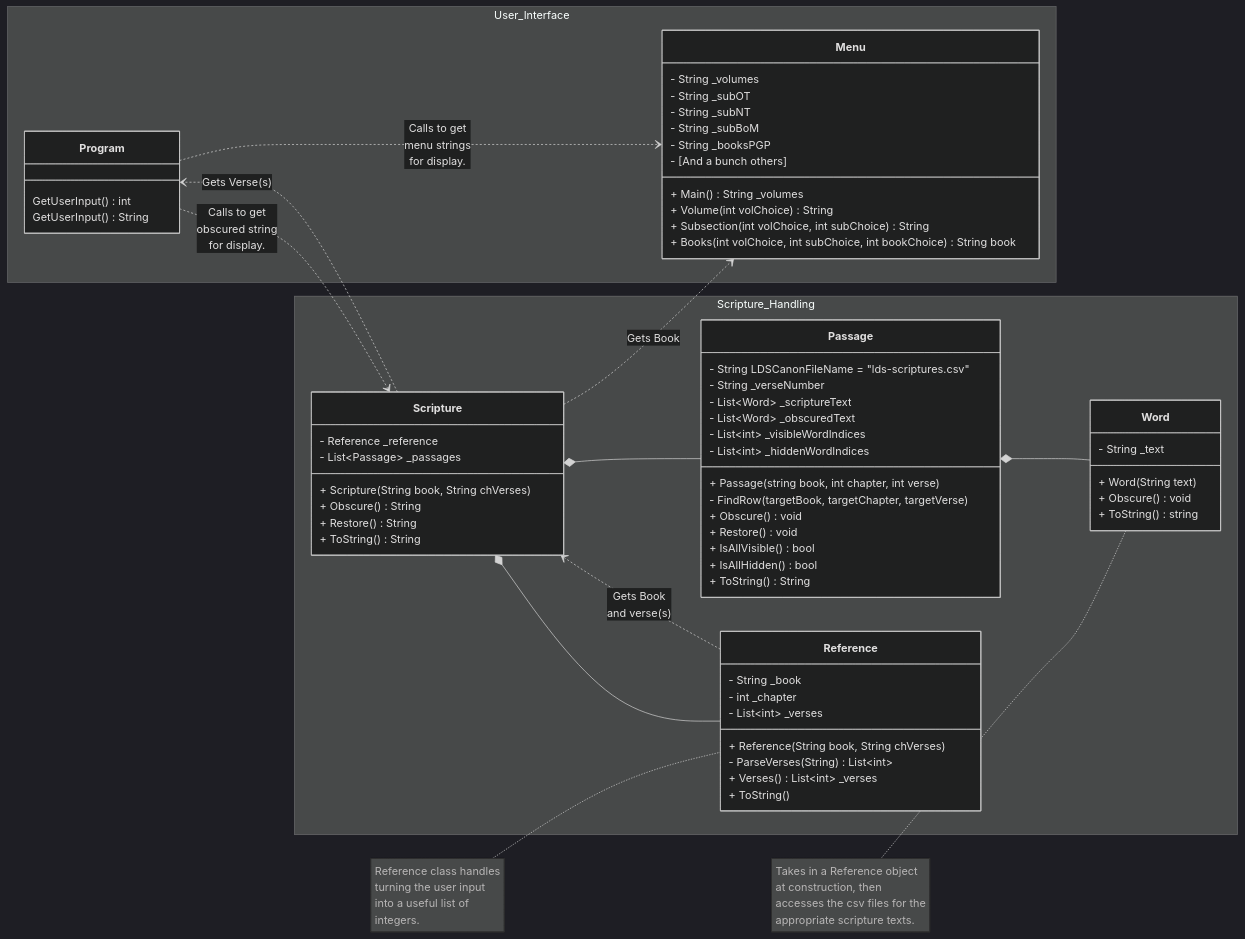
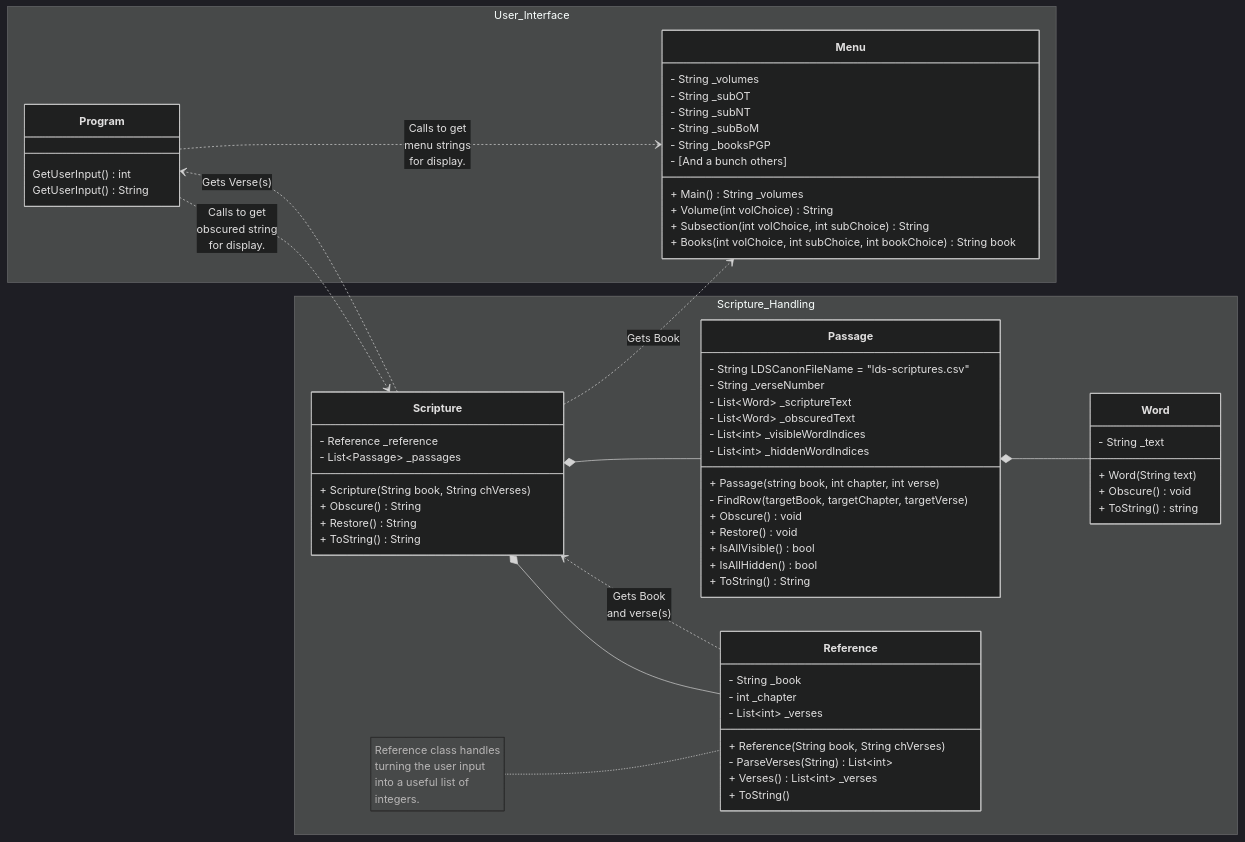
Before and after one commit to parkerd3/CSE_2.electric_boogaloo: the first of 2 diagrams in prove/Develop03/README.md, drawn with Mermaid (dark theme). The commit also changed other lines of this file and 3 other files, not shown here.

````diff
--- a/prove/Develop03/README.md
+++ b/prove/Develop03/README.md
@@ -51,74 +68,73 @@
 ```mermaid
 classDiagram
     direction LR
     namespace User_Interface {
         class Program {
             GetUserInput() int
             GetUserInput() String
         }
         class Menu {
             - String _volumes
             - String _subOT
             - String _subNT
             - String _subBoM
             - String _booksPGP
             - [And a bunch others]
             + Main() String _volumes
             + Volume(int volChoice) String
             + Subsection(int volChoice, int subChoice) String
             + Books(int volChoice, int subChoice, int bookChoice) String book
         }
     }
     
-    note for Reference "Reference class handles<br>turning the user input<br>into a useful list of<br>integers."
-    note for Word "Takes in a Reference object<br>at construction, then<br>accesses the csv files for the<br>appropriate scripture texts."
+    
     namespace Scripture_Handling{
-        
+        note for Reference "Reference class handles<br>turning the user input<br>into a useful list of<br>integers."
         class Scripture {
             - Reference _reference
             - List~Passage~ _passages
             + Scripture(String book, String chVerses)
             + Obscure() String
             + Restore() String
             + ToString() String
         }
         class Passage {
             - String LDSCanonFileName = "lds-scriptures.csv"
             - String _verseNumber
             - List~Word~ _scriptureText
             - List~Word~ _obscuredText
             - List~int~ _visibleWordIndices
             - List~int~ _hiddenWordIndices
             + Passage(string book, int chapter, int verse)
             - FindRow(targetBook, targetChapter, targetVerse)
             + Obscure() void
             + Restore() void
             + IsAllVisible() bool
             + IsAllHidden() bool
             + ToString() String 
         }
         class Reference {
             - String _book
             - int _chapter
             - List~int~ _verses
             + Reference(String book, String chVerses)
             - ParseVerses(String) List~int~
             + Verses() List~int~ _verses
             + ToString()
         }
         class Word {
             - String _text
             + Word(String text)
             + Obscure() void
             + ToString() string
         }
     }
     Program ..> Menu : Calls to get<br>menu strings<br>for display.
     Scripture *-- Passage
     Passage *-- Word
     Scripture *-- Reference
     Scripture ..> Menu : Gets Book
     Scripture ..> Program : Gets Verse(s)
     Reference ..> Scripture : Gets Book<br>and verse(s)
     Program ..> Scripture : Calls to get<br>obscured string<br>for display.
 ```
````
